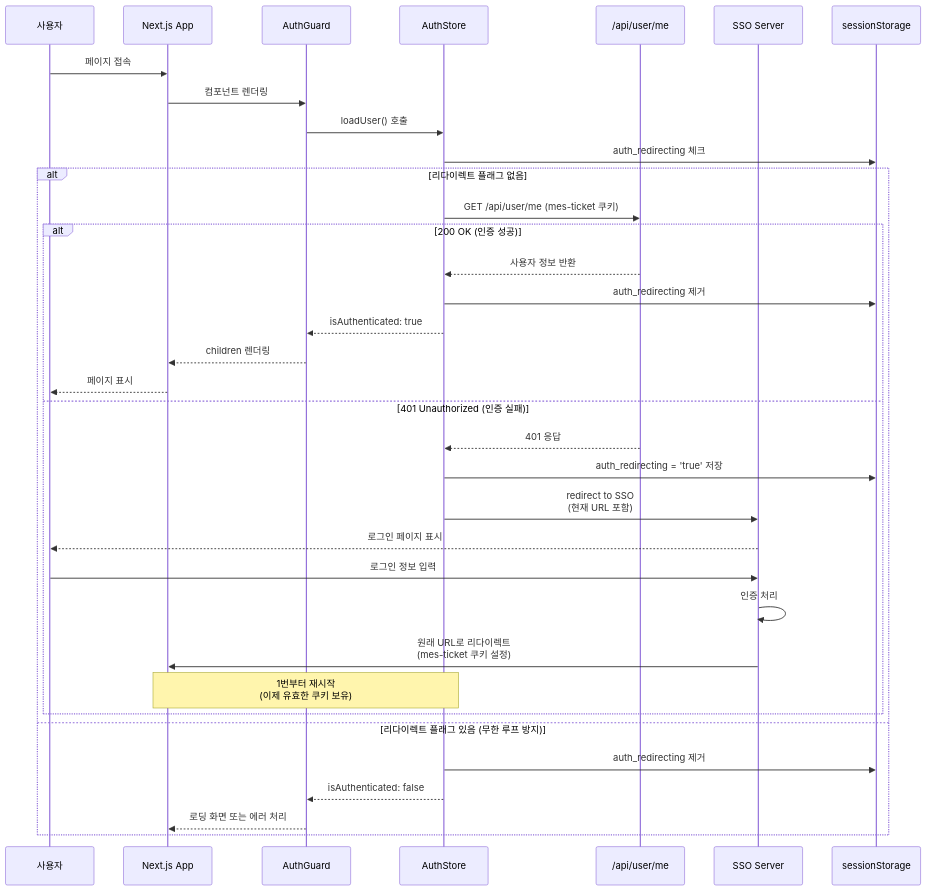
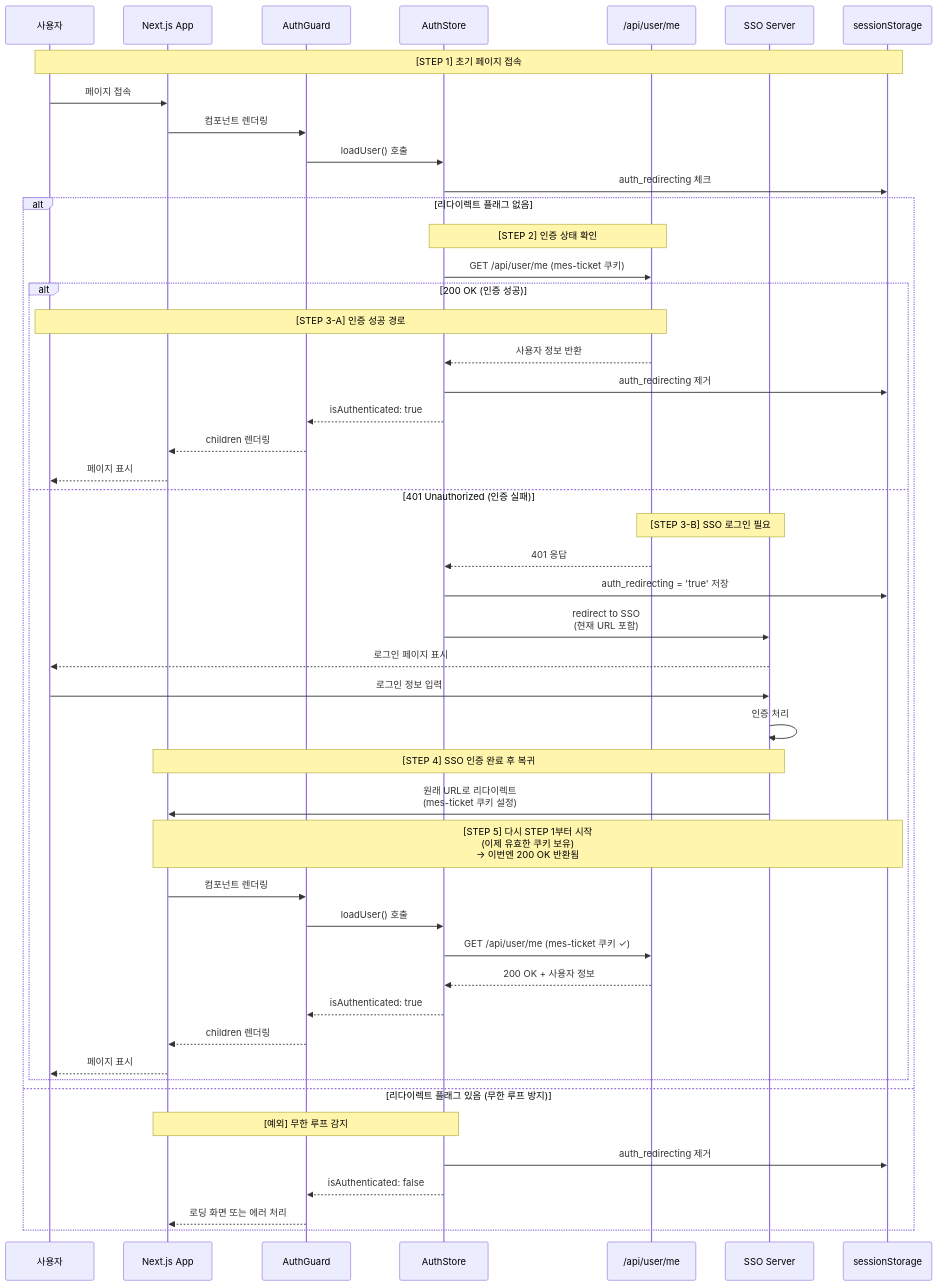
One commit to masterhyuns/nextjs-starter changed the first of 8 diagrams in docs/sso-auth-flow.md. Above: the diagram before and after it, drawn with Mermaid.

Commit message:
docs: SSO 인증 플로우 다이어그램 명확성 개선
변경 사항:
- 전체 인증 플로우에 STEP 번호 추가 (STEP 1~5)
- '1번부터 재시작' → 'STEP 5: 다시 STEP 1부터 시작' 명확화
- SSO 복귀 후 전체 흐름을 시퀀스 다이어그램에 표시
- Note 블록으로 각 단계 설명 추가

왜 이렇게 수정했는가?
- 기존: '1번부터 재시작'이 어디를 가리키는지 불명확
- 개선: STEP 1~5로 전체 흐름 시각화
- SSO 복귀 후 실제로 어떻게 동작하는지 명시적으로 표현
- 사용자 피드백 반영하여 가독성 향상

주요 단계:
- STEP 1: 초기 페이지 접속
- STEP 2: 인증 상태 확인
- STEP 3-A: 인증 성공 경로 (200 OK)
- STEP 3-B: SSO 로그인 필요 (401)
- STEP 4: SSO 인증 완료 후 복귀
- STEP 5: 다시 STEP 1부터 시작 (쿠키 보유)

````diff
--- a/docs/sso-auth-flow.md
+++ b/docs/sso-auth-flow.md
@@ -5,40 +5,53 @@
 ```mermaid
 sequenceDiagram
     participant User as 사용자
     participant App as Next.js App
     participant Guard as AuthGuard
     participant Store as AuthStore
     participant API as /api/user/me
     participant SSO as SSO Server
     participant Storage as sessionStorage
 
+    Note over User,Storage: [STEP 1] 초기 페이지 접속
     User->>App: 페이지 접속
     App->>Guard: 컴포넌트 렌더링
     Guard->>Store: loadUser() 호출
     Store->>Storage: auth_redirecting 체크
 
     alt 리다이렉트 플래그 없음
+        Note over Store,API: [STEP 2] 인증 상태 확인
         Store->>API: GET /api/user/me (mes-ticket 쿠키)
 
         alt 200 OK (인증 성공)
+            Note over API,User: [STEP 3-A] 인증 성공 경로
             API-->>Store: 사용자 정보 반환
             Store->>Storage: auth_redirecting 제거
             Store-->>Guard: isAuthenticated: true
             Guard-->>App: children 렌더링
             App-->>User: 페이지 표시
         else 401 Unauthorized (인증 실패)
+            Note over API,SSO: [STEP 3-B] SSO 로그인 필요
             API-->>Store: 401 응답
             Store->>Storage: auth_redirecting = 'true' 저장
             Store->>SSO: redirect to SSO<br/>(현재 URL 포함)
             SSO-->>User: 로그인 페이지 표시
             User->>SSO: 로그인 정보 입력
             SSO->>SSO: 인증 처리
+            Note over SSO,App: [STEP 4] SSO 인증 완료 후 복귀
             SSO->>App: 원래 URL로 리다이렉트<br/>(mes-ticket 쿠키 설정)
-            Note over App,Store: 1번부터 재시작<br/>(이제 유효한 쿠키 보유)
+            Note over App,Storage: [STEP 5] 다시 STEP 1부터 시작<br/>(이제 유효한 쿠키 보유)<br/>→ 이번엔 200 OK 반환됨
+            App->>Guard: 컴포넌트 렌더링
+            Guard->>Store: loadUser() 호출
+            Store->>API: GET /api/user/me (mes-ticket 쿠키 ✓)
+            API-->>Store: 200 OK + 사용자 정보
+            Store-->>Guard: isAuthenticated: true
+            Guard-->>App: children 렌더링
+            App-->>User: 페이지 표시
         end
     else 리다이렉트 플래그 있음 (무한 루프 방지)
+        Note over Store,App: [예외] 무한 루프 감지
         Store->>Storage: auth_redirecting 제거
         Store-->>Guard: isAuthenticated: false
         Guard-->>App: 로딩 화면 또는 에러 처리
     end
 ```
````
